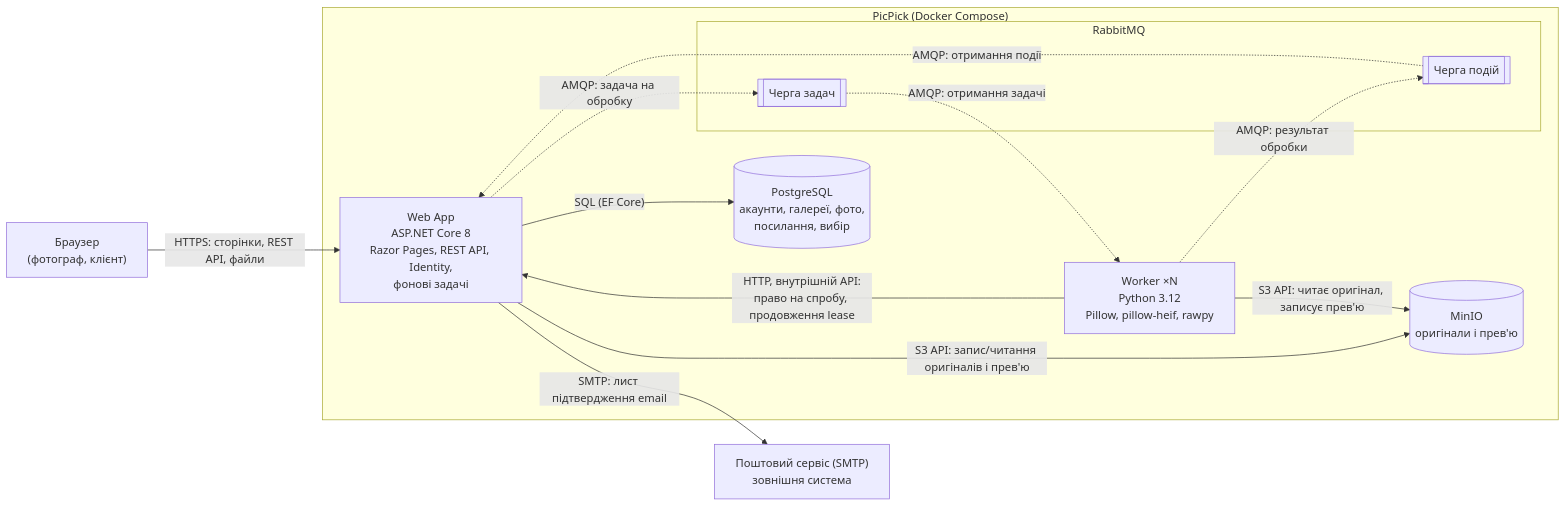
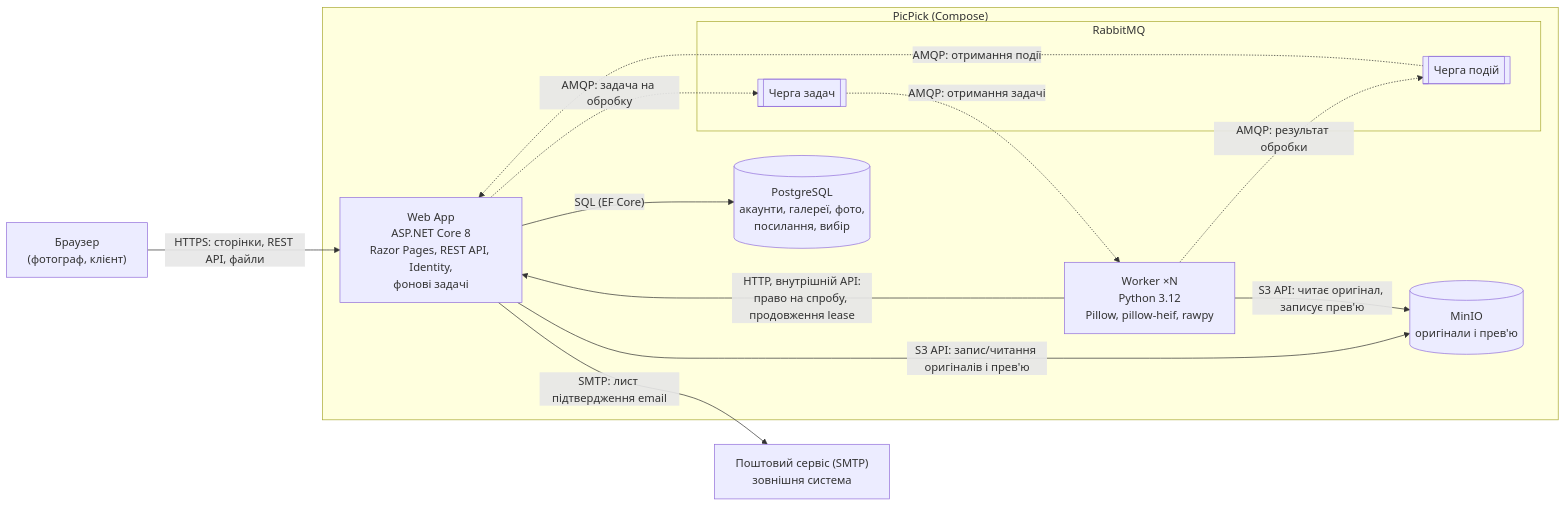
Before and after one commit to alonasaienko/picpick: the diagram in docs/03-srs/high-level-architecture.md, drawn with Mermaid. The commit also changed other lines of this file and 14 other files, not shown here.

````diff
--- a/docs/03-srs/high-level-architecture.md
+++ b/docs/03-srs/high-level-architecture.md
@@ -9,27 +9,27 @@
 ```mermaid
 flowchart LR
     browser["Браузер<br/>(фотограф, клієнт)"]
     smtp["Поштовий сервіс (SMTP)<br/>зовнішня система"]
 
-    subgraph picpick["PicPick (Docker Compose)"]
+    subgraph picpick["PicPick (Compose)"]
         webapp["Web App<br/>ASP.NET Core 8<br/>Razor Pages, REST API, Identity,<br/>фонові задачі"]
         subgraph rabbitmq["RabbitMQ"]
             tasks[["Черга задач"]]
             events[["Черга подій"]]
         end
         worker["Worker ×N<br/>Python 3.12<br/>Pillow, pillow-heif, rawpy"]
         postgres[("PostgreSQL<br/>акаунти, галереї, фото,<br/>посилання, вибір")]
         minio[("MinIO<br/>оригінали і прев'ю")]
     end
 
     browser -- "HTTPS: сторінки, REST API, файли" --> webapp
     webapp -- "SQL (EF Core)" --> postgres
     webapp -- "S3 API: запис/читання оригіналів і прев'ю" --> minio
     webapp -. "AMQP: задача на обробку" .-> tasks
     tasks -. "AMQP: отримання задачі" .-> worker
     worker -- "S3 API: читає оригінал, записує прев'ю" --> minio
     worker -- "HTTP, внутрішній API:<br/>право на спробу, продовження lease" --> webapp
     worker -. "AMQP: результат обробки" .-> events
     events -. "AMQP: отримання події" .-> webapp
     webapp -- "SMTP: лист підтвердження email" --> smtp
 ```
````
